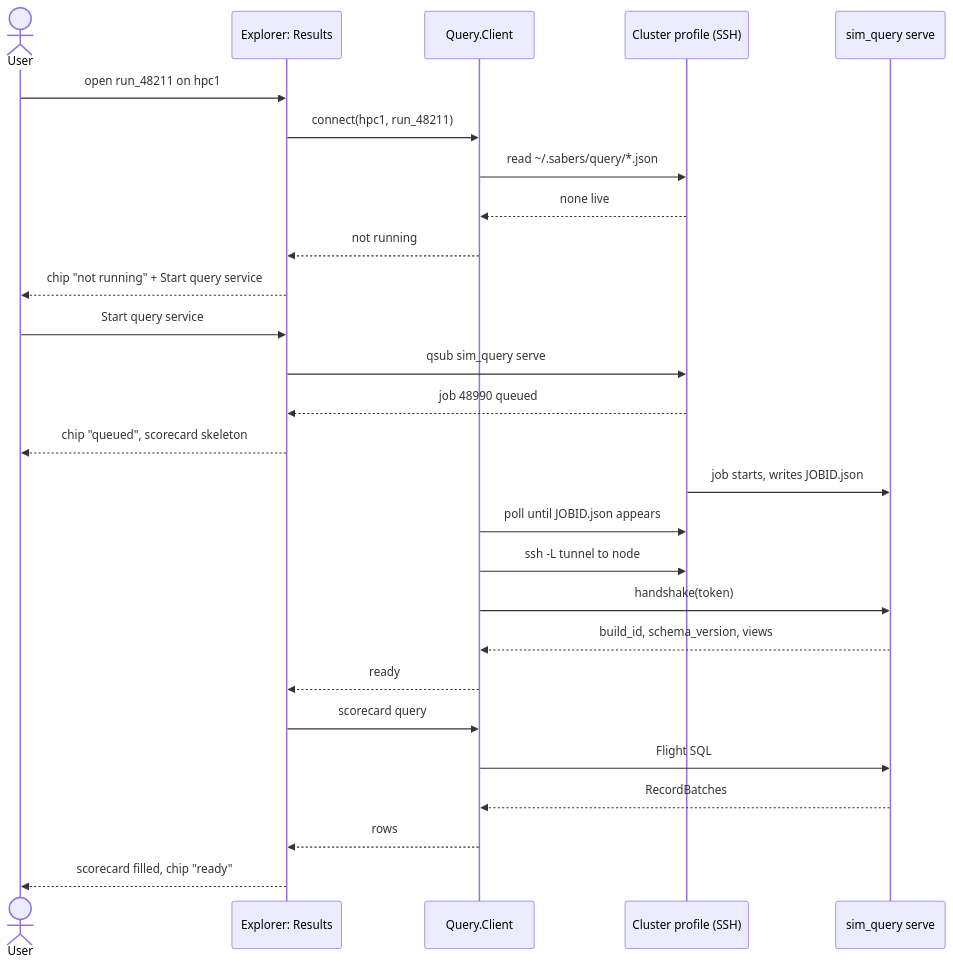
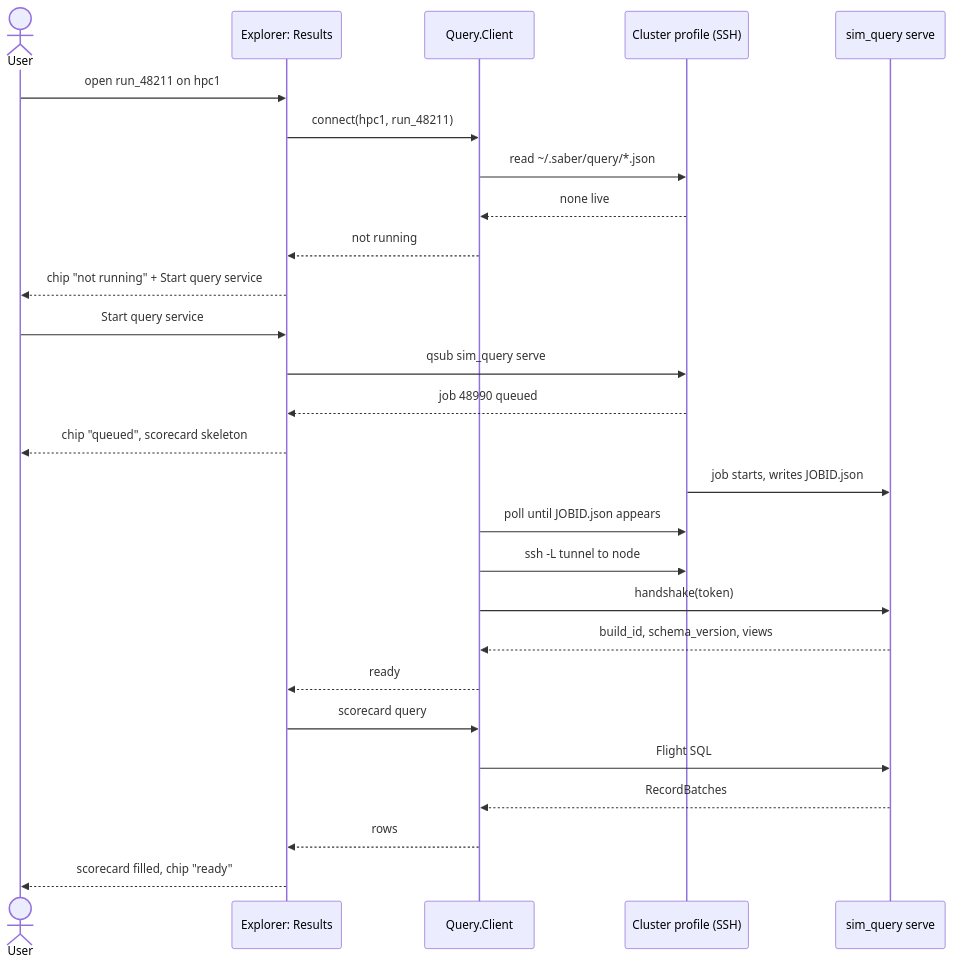
Before and after one commit to Schmiedium/SABER: diagram 15 of 15 in docs/design/sim_studio_ux.md, drawn with Mermaid. The commit also changed other lines of this file and 6 other files, not shown here.

First line of the commit message:
Rename sabers identifiers to saber across the design docs (D18)

````diff
--- a/docs/design/sim_studio_ux.md
+++ b/docs/design/sim_studio_ux.md
@@ -1304,30 +1304,30 @@
 ```mermaid
 sequenceDiagram
     actor U as User
     participant R as Explorer: Results
     participant Q as Query.Client
     participant P as Cluster profile (SSH)
     participant S as sim_query serve
 
     U->>R: open run_48211 on hpc1
     R->>Q: connect(hpc1, run_48211)
-    Q->>P: read ~/.sabers/query/*.json
+    Q->>P: read ~/.saber/query/*.json
     P-->>Q: none live
     Q-->>R: not running
     R-->>U: chip "not running" + Start query service
     U->>R: Start query service
     R->>P: qsub sim_query serve
     P-->>R: job 48990 queued
     R-->>U: chip "queued", scorecard skeleton
     P->>S: job starts, writes JOBID.json
     Q->>P: poll until JOBID.json appears
     Q->>P: ssh -L tunnel to node
     Q->>S: handshake(token)
     S-->>Q: build_id, schema_version, views
     Q-->>R: ready
     R->>Q: scorecard query
     Q->>S: Flight SQL
     S-->>Q: RecordBatches
     Q-->>R: rows
     R-->>U: scorecard filled, chip "ready"
 ```
````
